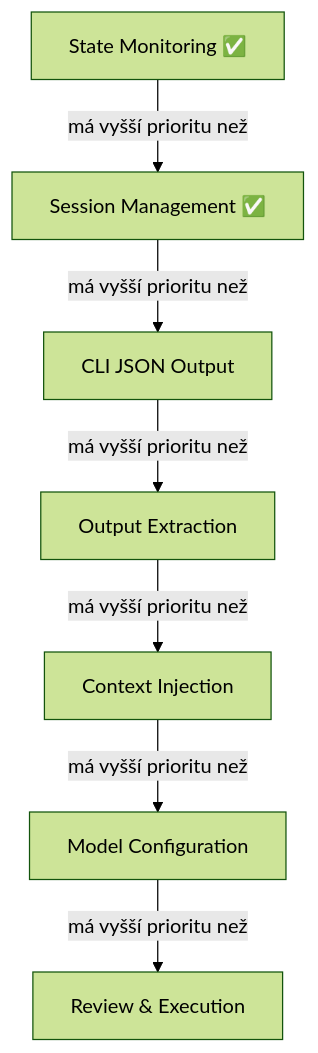
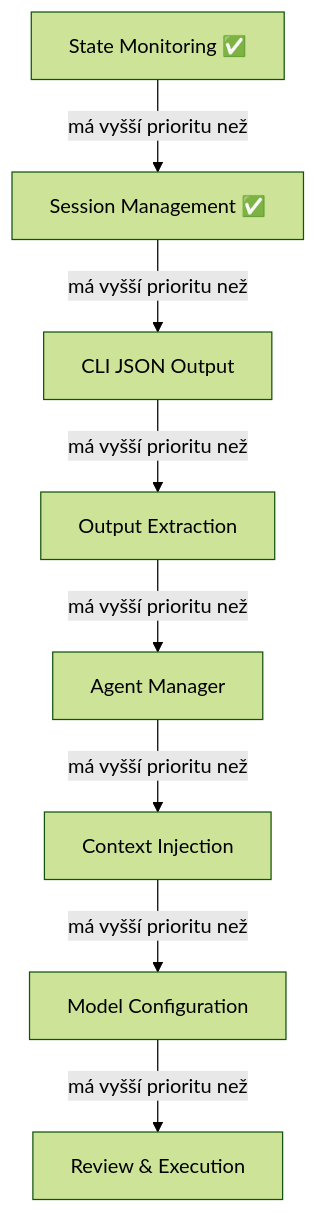
One commit to simik394/angrav changed the diagram in docs/wbs.md. Above: the diagram before and after it, drawn with Mermaid (forest theme). The commit also changed other lines of this file, not shown here.

Commit message:
docs: add Agent Manager feature (Phase 2.5) to WBS with priority relations

````diff
--- a/docs/wbs.md
+++ b/docs/wbs.md
@@ -7,17 +7,19 @@
 ```mermaid
 graph TD
     SM["State Monitoring ✅"]
     SESS["Session Management ✅"]
     JSON["CLI JSON Output"]
     OUT["Output Extraction"]
+    AM["Agent Manager"]
     CTX["Context Injection"]
     CFG["Model Configuration"]
     REV["Review & Execution"]
 
     SM -->|"má vyšší prioritu než"| SESS
     SESS -->|"má vyšší prioritu než"| JSON
     JSON -->|"má vyšší prioritu než"| OUT
-    OUT -->|"má vyšší prioritu než"| CTX
+    OUT -->|"má vyšší prioritu než"| AM
+    AM -->|"má vyšší prioritu než"| CTX
     CTX -->|"má vyšší prioritu než"| CFG
     CFG -->|"má vyšší prioritu než"| REV
 ```
````
